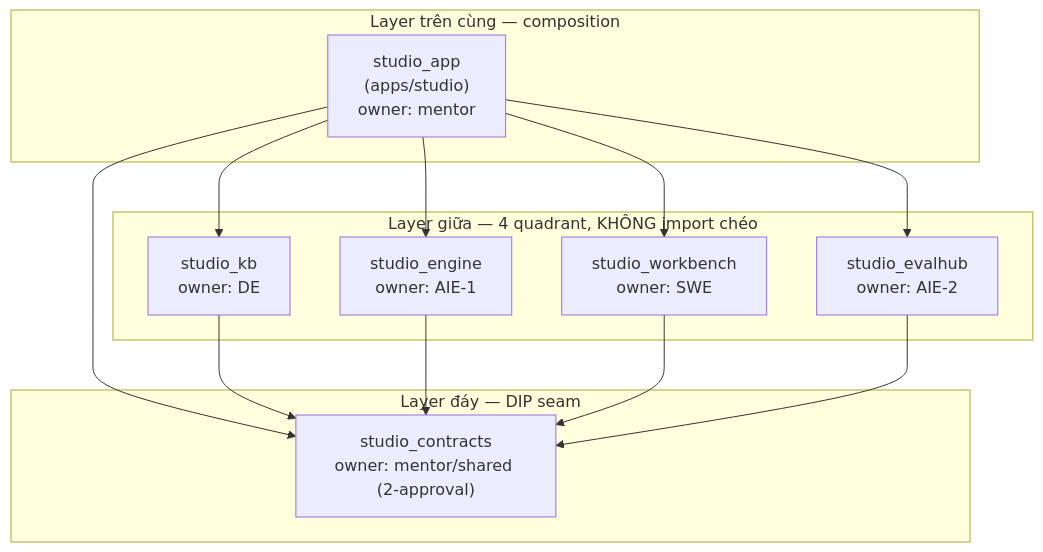
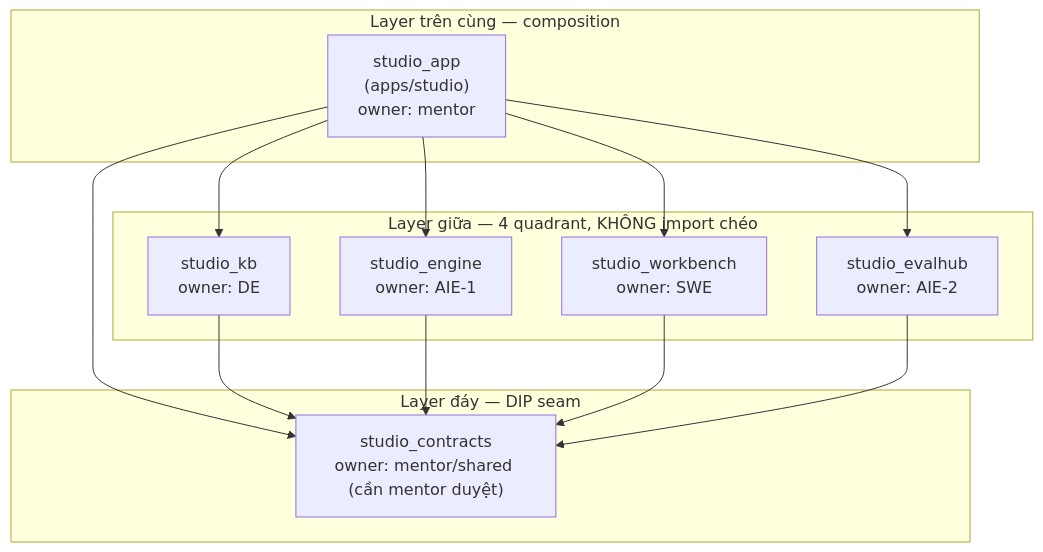
The first of 4 diagrams in docs/system-architecture.md (AI20K-VGR/agentcore-studio-kit), drawn with Mermaid before and after one commit. The commit also changed other lines of this file and 4 other files, not shown here.

First line of the commit message:
docs: 2-approval → mentor-approval (chỉ 1 mentor) + bump 6 submodule pointer

````diff
--- a/docs/system-architecture.md
+++ b/docs/system-architecture.md
@@ -35,25 +35,25 @@
 ```mermaid
 graph TB
     subgraph L2["Layer trên cùng — composition"]
         APP["studio_app<br/>(apps/studio)<br/>owner: mentor"]
     end
     subgraph L1["Layer giữa — 4 quadrant, KHÔNG import chéo"]
         KB["studio_kb<br/>owner: DE"]
         ENGINE["studio_engine<br/>owner: AIE-1"]
         WB["studio_workbench<br/>owner: SWE"]
         EVAL["studio_evalhub<br/>owner: AIE-2"]
     end
     subgraph L0["Layer đáy — DIP seam"]
-        CONTRACTS["studio_contracts<br/>owner: mentor/shared (2-approval)"]
+        CONTRACTS["studio_contracts<br/>owner: mentor/shared (cần mentor duyệt)"]
     end
 
     APP --> KB
     APP --> ENGINE
     APP --> WB
     APP --> EVAL
     APP --> CONTRACTS
     KB --> CONTRACTS
     ENGINE --> CONTRACTS
     WB --> CONTRACTS
     EVAL --> CONTRACTS
 ```
````
